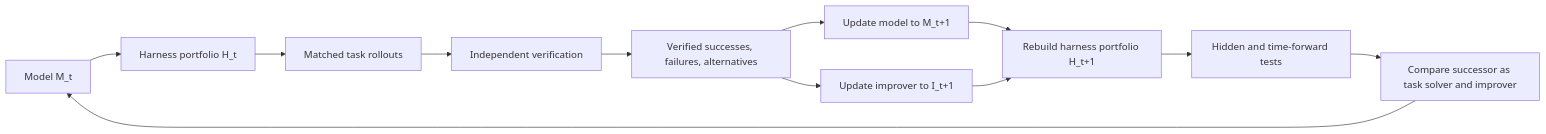
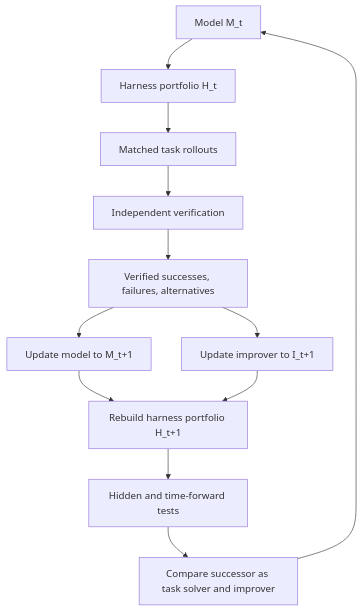
One commit to Cherish0925/BeforeRSI changed the second of 2 diagrams in MAP.md. Above: the diagram before and after it, drawn with Mermaid. The commit also changed other lines of this file and 55 other files, not shown here.

````diff
--- a/MAP.md
+++ b/MAP.md
@@ -193,14 +195,14 @@
 ```mermaid
-flowchart LR
+flowchart TB
     M0[Model M_t] --> H0[Harness portfolio H_t]
     H0 --> R[Matched task rollouts]
     R --> V[Independent verification]
     V --> D[Verified successes, failures, alternatives]
     D --> M1[Update model to M_t+1]
     D --> I1[Update improver to I_t+1]
     M1 --> H1[Rebuild harness portfolio H_t+1]
     I1 --> H1
     H1 --> Q[Hidden and time-forward tests]
     Q --> G[Compare successor as task solver and improver]
     G --> M0
 ```
````
